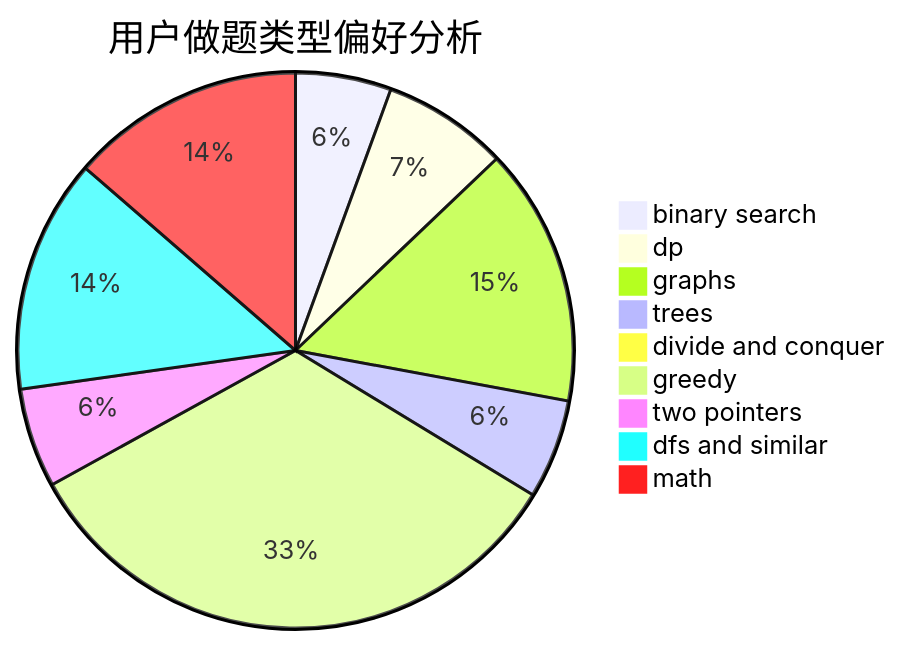
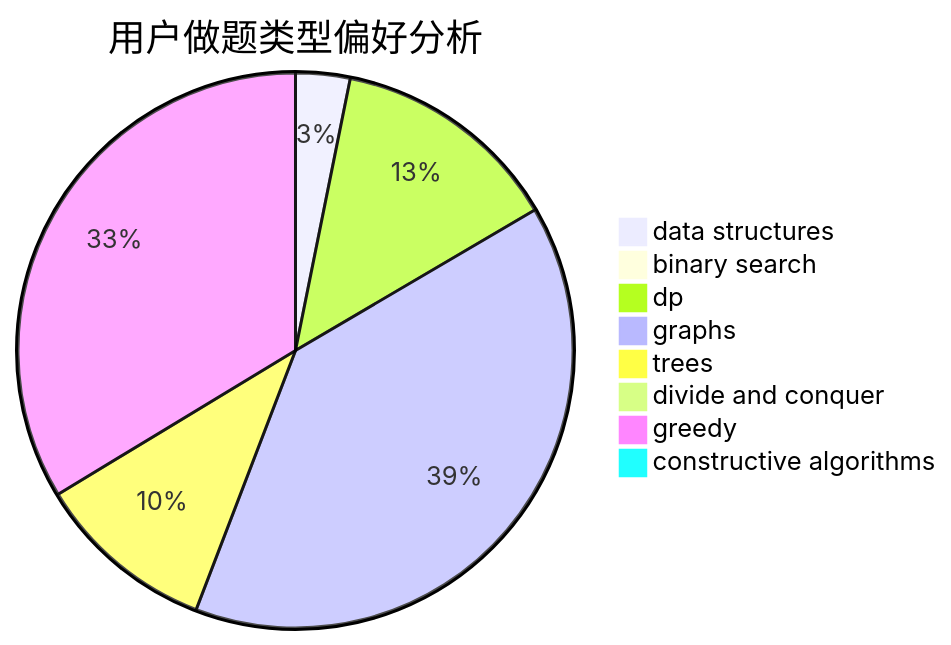
Before and after one commit to sherpahu/cfrs.github.io: the second of 3 diagrams in docs/user/u837.md, drawn with Mermaid. The commit also changed other lines of this file and 2775 other files, not shown here.

````diff
--- a/docs/user/u837.md
+++ b/docs/user/u837.md
@@ -23,12 +23,11 @@
 ```mermaid
 pie title 用户做题类型偏好分析
-    "binary search" :  106
-    "dp" :  139
-    "graphs" :  286
-    "trees" :  110
-    "divide and conquer" :  15
-    "greedy" :  633
-    "two pointers" :  110
-    "dfs and similar" :  259
-    "math" :  259
+    "data structures" :  22
+    "binary search" :  5
+    "dp" :  93
+    "graphs" :  273
+    "trees" :  73
+    "divide and conquer" :  5
+    "greedy" :  234
+    "constructive algorithms" :  1
 ```
````
